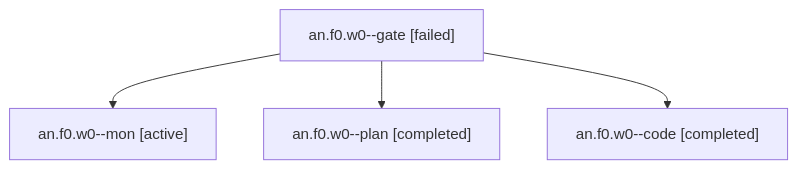
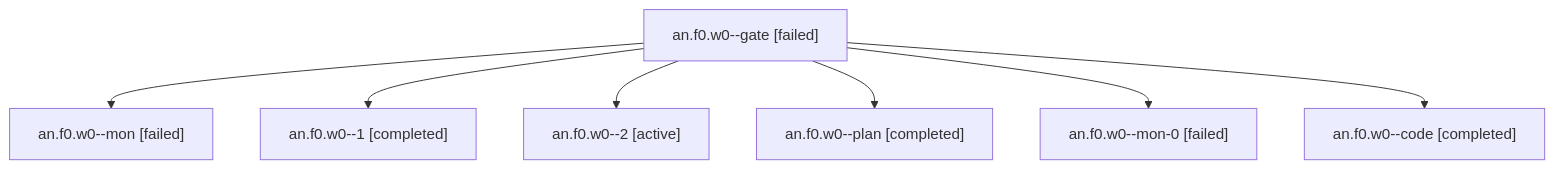
The diagram in sessions/bbugyi200.apollo.an.f0.w0.md (bobs-org/bob-cli--agents), drawn with Mermaid before and after one commit. The commit also changed other lines of this file and 45 other files, not shown here.

````diff
--- a/sessions/bbugyi200.apollo.an.f0.w0.md
+++ b/sessions/bbugyi200.apollo.an.f0.w0.md
@@ -9,10 +9,16 @@
 ```mermaid
 flowchart TD
   n0["an.f0.w0--gate [failed]"]
-  n1["an.f0.w0--mon [active]"]
+  n1["an.f0.w0--mon [failed]"]
   n0 --> n1
-  n2["an.f0.w0--plan [completed]"]
+  n2["an.f0.w0--1 [completed]"]
   n0 --> n2
-  n3["an.f0.w0--code [completed]"]
+  n3["an.f0.w0--2 [active]"]
   n0 --> n3
+  n4["an.f0.w0--plan [completed]"]
+  n0 --> n4
+  n5["an.f0.w0--mon-0 [failed]"]
+  n0 --> n5
+  n6["an.f0.w0--code [completed]"]
+  n0 --> n6
 ```
````
